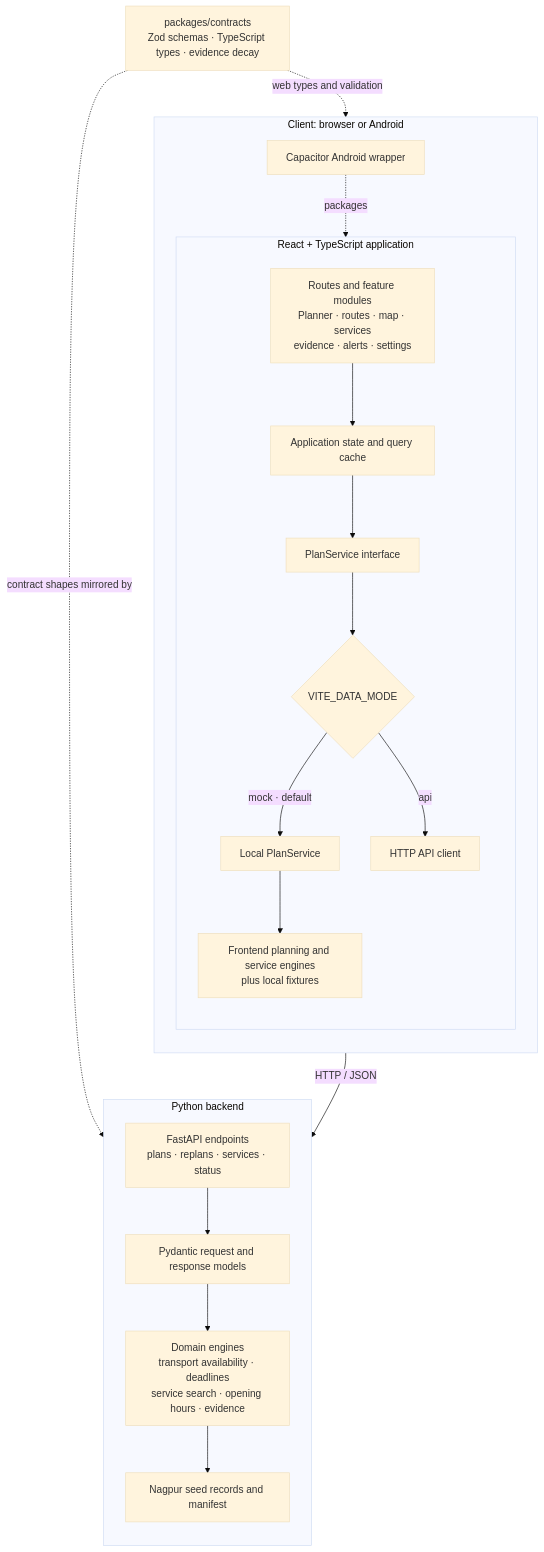
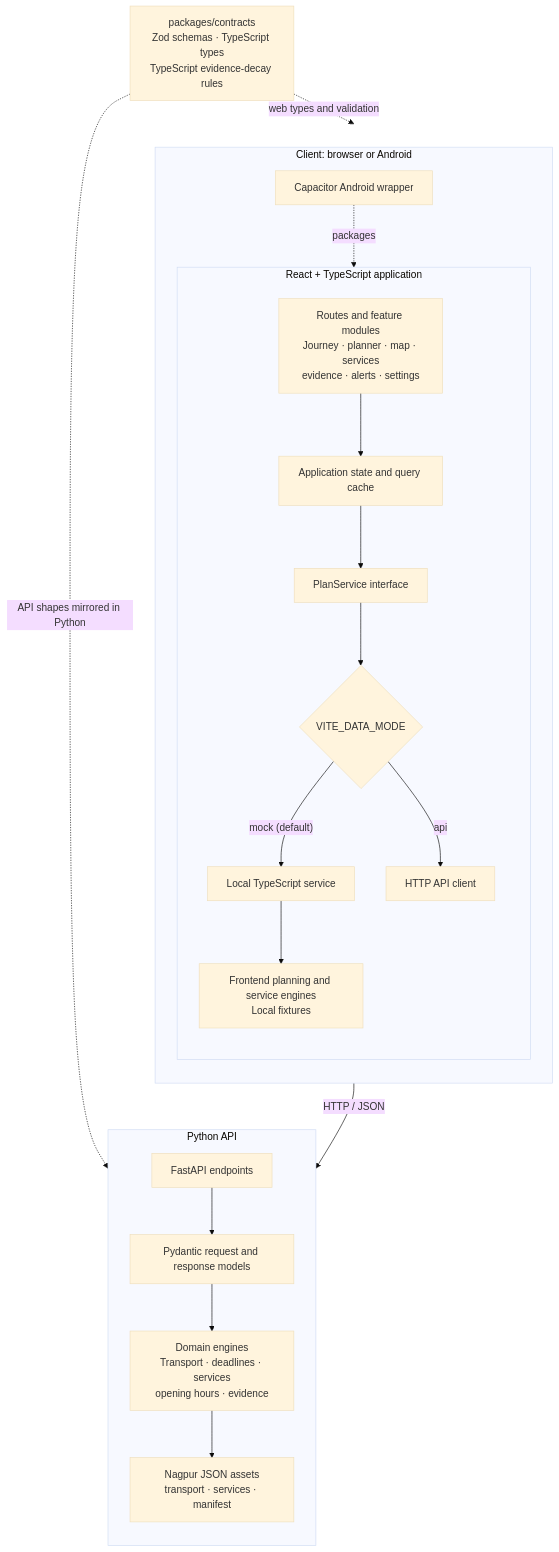
Before and after one commit to inshrashaikh/Noctra: the diagram in README.md, drawn with Mermaid (base theme). The commit also changed other lines of this file, not shown here.

Commit message:
docs: redesign README with full-stack architecture guide

````diff
--- a/README.md
+++ b/README.md
@@ -35,34 +36,38 @@
 ```mermaid
 flowchart TB
-  subgraph client["Client: browser or Android"]
+  subgraph Client["Client: browser or Android"]
     direction TB
-    android["Capacitor Android wrapper"] -. packages .-> react
-    subgraph react["React + TypeScript application"]
+    Capacitor["Capacitor Android wrapper"] -. packages .-> WebApp
+
+    subgraph WebApp["React + TypeScript application"]
       direction TB
-      ui["Routes and feature modules<br/>Planner · routes · map · services<br/>evidence · alerts · settings"]
-      state["Application state and query cache"]
-      service["PlanService interface"]
-      mode{"VITE_DATA_MODE"}
-      local["Local PlanService"]
-      webLogic["Frontend planning and service engines<br/>plus local fixtures"]
-      apiClient["HTTP API client"]
-      ui --> state --> service --> mode
-      mode -->|mock · default| local --> webLogic
-      mode -->|api| apiClient
+      Features["Routes and feature modules<br/>Journey · planner · map · services<br/>evidence · alerts · settings"]
+      State["Application state and query cache"]
+      Boundary["PlanService interface"]
+      Select{"VITE_DATA_MODE"}
+      Local["Local TypeScript service"]
+      LocalEngines["Frontend planning and service engines<br/>Local fixtures"]
+      ApiClient["HTTP API client"]
+
+      Features --> State --> Boundary --> Select
+      Select -->|"mock (default)"| Local --> LocalEngines
+      Select -->|"api"| ApiClient
     end
   end
 
-  subgraph backend["Python backend"]
+  subgraph Api["Python API"]
     direction TB
-    endpoints["FastAPI endpoints<br/>plans · replans · services · status"]
-    models["Pydantic request and response models"]
-    engines["Domain engines<br/>transport availability · deadlines<br/>service search · opening hours · evidence"]
-    data["Nagpur seed records and manifest"]
-    endpoints --> models --> engines --> data
+    Routes["FastAPI endpoints"]
+    Models["Pydantic request and response models"]
+    Engines["Domain engines<br/>Transport · deadlines · services<br/>opening hours · evidence"]
+    Data["Nagpur JSON assets<br/>transport · services · manifest"]
+
+    Routes --> Models --> Engines --> Data
   end
 
-  apiClient -->|HTTP / JSON| endpoints
-  contracts["packages/contracts<br/>Zod schemas · TypeScript types · evidence decay"]
-  contracts -. web types and validation .-> react
-  contracts -. contract shapes mirrored by .-> models
+  ApiClient -->|"HTTP / JSON"| Routes
+
+  Contracts["packages/contracts<br/>Zod schemas · TypeScript types<br/>TypeScript evidence-decay rules"]
+  Contracts -. "web types and validation" .-> WebApp
+  Contracts -. "API shapes mirrored in Python" .-> Models
 ```
````
